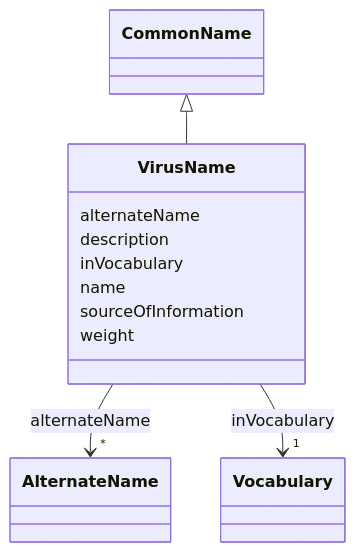
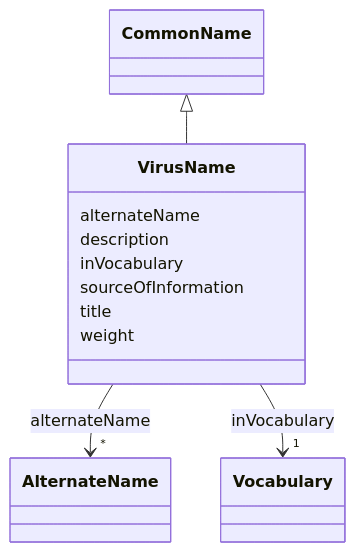
One commit to EVORA-project/evora-ontology changed the diagram in models/docs/VirusName.md. Above: the diagram before and after it, drawn with Mermaid. The commit also changed other lines of this file and 435 other files, not shown here.

````diff
--- a/models/docs/VirusName.md
+++ b/models/docs/VirusName.md
@@ -19,35 +19,35 @@
 ```mermaid
  classDiagram
     class VirusName
     click VirusName href "../VirusName"
       CommonName <|-- VirusName
         click CommonName href "../CommonName"
       
       VirusName : alternateName
         
           
     
     
     VirusName --> "*" AlternateName : alternateName
     click AlternateName href "../AlternateName"
 
         
       VirusName : description
         
       VirusName : inVocabulary
         
           
     
     
     VirusName --> "1" Vocabulary : inVocabulary
     click Vocabulary href "../Vocabulary"
 
         
-      VirusName : name
+      VirusName : sourceOfInformation
         
-      VirusName : sourceOfInformation
+      VirusName : title
         
       VirusName : weight
         
       
 ```
````
